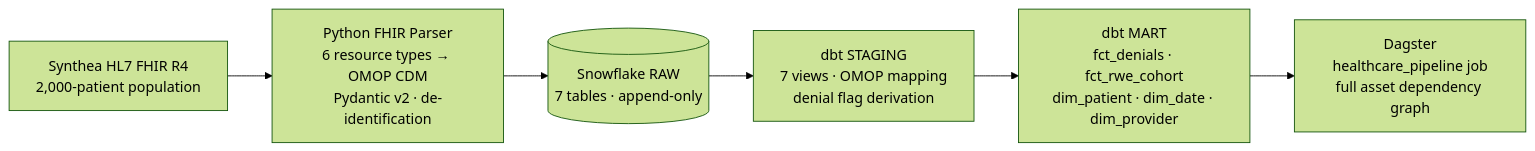
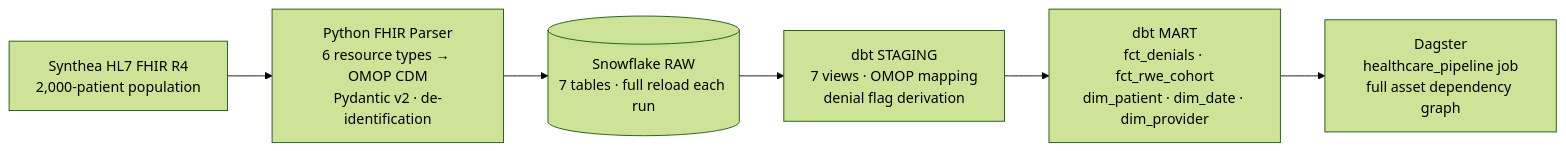
The diagram in README.md (ericg1212/healthcare-claims-pipeline), drawn with Mermaid (forest theme) before and after one commit.

Commit message:
docs: README diagram says RAW is truncated and reloaded each run, not append-only (#108)
The loader (scripts/load_to_snowflake.py) truncates the 7 RAW tables before each load.

````diff
--- a/README.md
+++ b/README.md
@@ -59,8 +59,8 @@
 ```mermaid
 flowchart LR
     A["Synthea HL7 FHIR R4\n2,000-patient population"] --> B["Python FHIR Parser\n6 resource types → OMOP CDM\nPydantic v2 · de-identification"]
-    B --> C[("Snowflake RAW\n7 tables · append-only")]
+    B --> C[("Snowflake RAW\n7 tables · full reload each run")]
     C --> D["dbt STAGING\n7 views · OMOP mapping\ndenial flag derivation"]
     D --> E["dbt MART\nfct_denials · fct_rwe_cohort\ndim_patient · dim_date · dim_provider"]
     E --> F["Dagster\nhealthcare_pipeline job\nfull asset dependency graph"]
 ```
````
